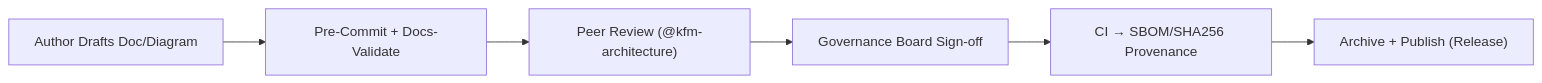
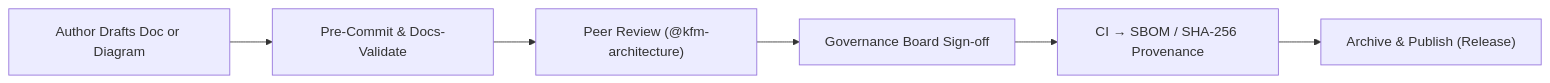
One commit to bartytime4life/Kansas-Frontier-Matrix changed the second of 3 diagrams in docs/architecture/README.md. Above: the diagram before and after it, drawn with Mermaid. The commit also changed other lines of this file, not shown here.

````diff
--- a/docs/architecture/README.md
+++ b/docs/architecture/README.md
@@ -194,8 +196,8 @@
 ```mermaid
 flowchart LR
-  A["Author Drafts Doc/Diagram"] --> B["Pre-Commit + Docs-Validate"]
+  A["Author Drafts Doc or Diagram"] --> B["Pre-Commit & Docs-Validate"]
   B --> C["Peer Review (@kfm-architecture)"]
   C --> D["Governance Board Sign-off"]
-  D --> E["CI → SBOM/SHA256 Provenance"]
-  E --> F["Archive + Publish (Release)"]
+  D --> E["CI → SBOM / SHA-256 Provenance"]
+  E --> F["Archive & Publish (Release)"]
 ```
````
